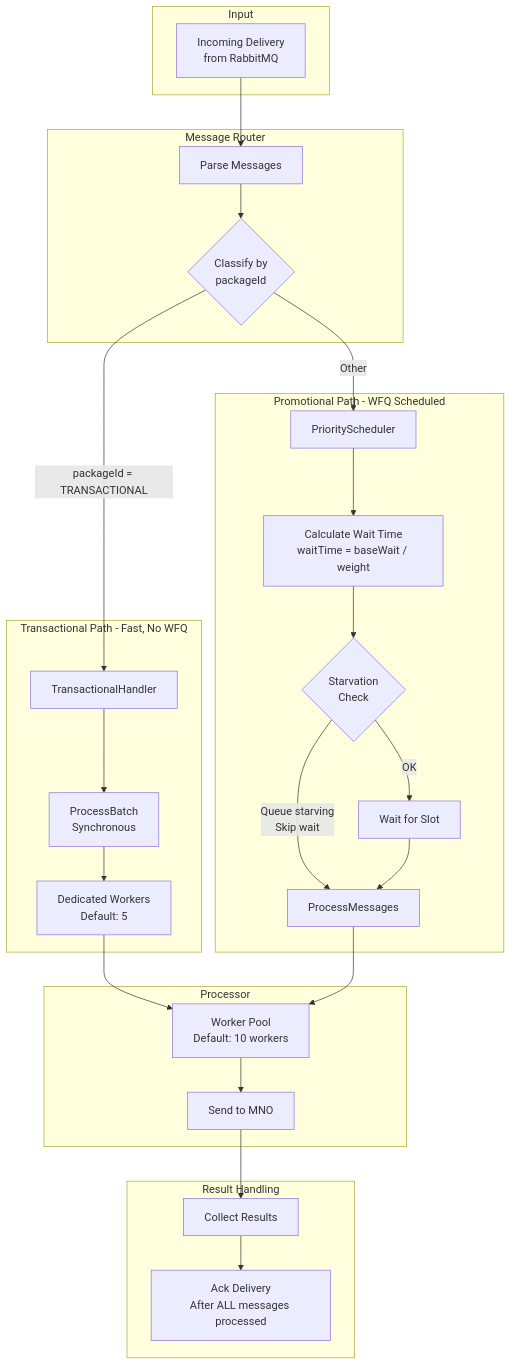
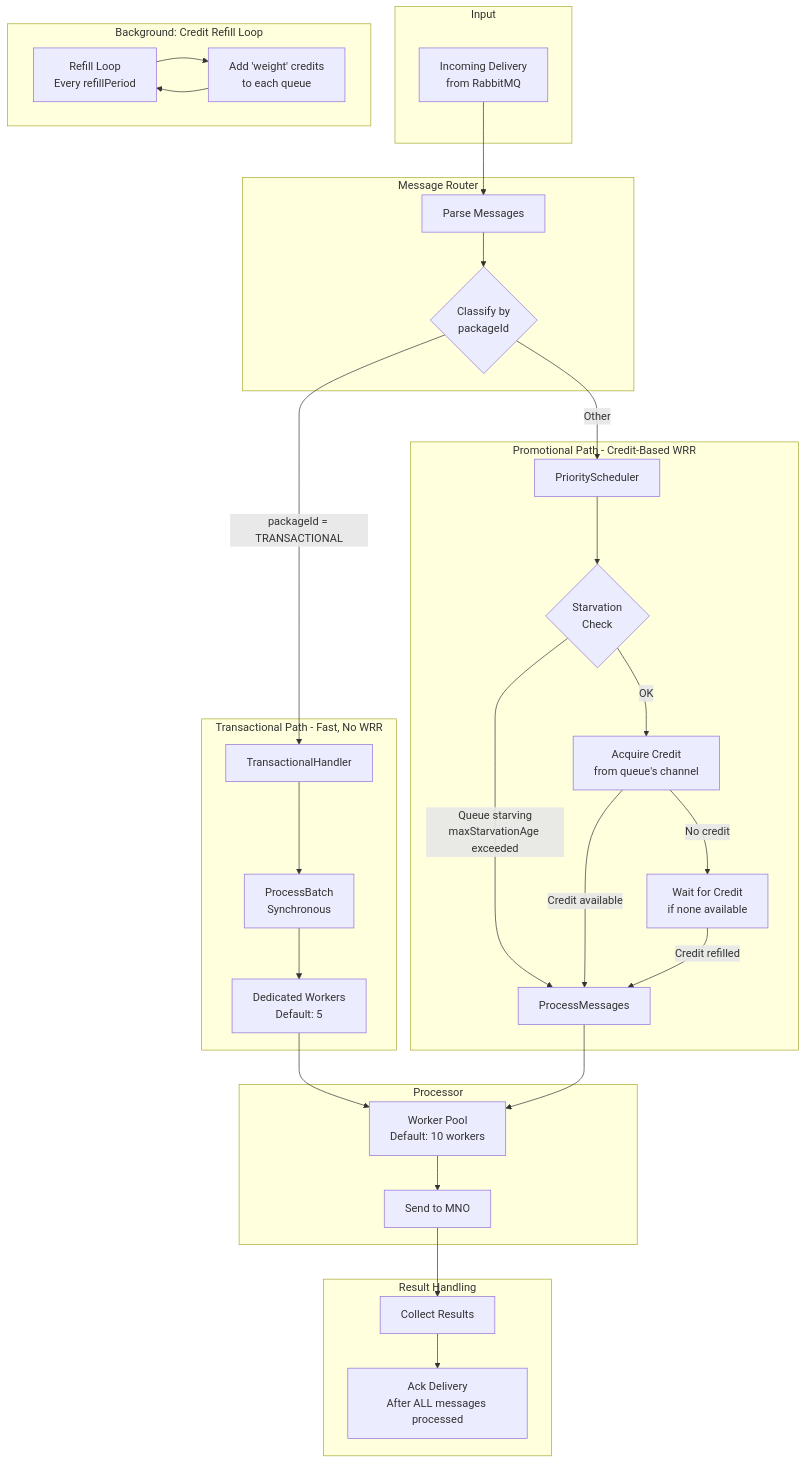
The fifth of 18 diagrams in docs/architecture.md (ElMonstro/sms-mno-gateway), drawn with Mermaid before and after one commit. The commit also changed other lines of this file and 3 other files, not shown here.

````diff
--- a/docs/architecture.md
+++ b/docs/architecture.md
@@ -453,58 +454,67 @@
 ```mermaid
 flowchart TB
     subgraph "Input"
         DELIVERY[Incoming Delivery<br/>from RabbitMQ]
     end
 
     subgraph "Message Router"
         PARSE[Parse Messages]
         CLASSIFY{Classify by<br/>packageId}
 
         PARSE --> CLASSIFY
     end
 
-    subgraph "Transactional Path - Fast, No WFQ"
+    subgraph "Transactional Path - Fast, No WRR"
         TX_HANDLER[TransactionalHandler]
         TX_BATCH[ProcessBatch<br/>Synchronous]
         TX_POOL[Dedicated Workers<br/>Default: 5]
 
         TX_HANDLER --> TX_BATCH
         TX_BATCH --> TX_POOL
     end
 
-    subgraph "Promotional Path - WFQ Scheduled"
+    subgraph "Promotional Path - Credit-Based WRR"
         SCHEDULER[PriorityScheduler]
-        WFQ_CALC[Calculate Wait Time<br/>waitTime = baseWait / weight]
+        ACQUIRE[Acquire Credit<br/>from queue's channel]
         STARVE_CHECK{Starvation<br/>Check}
-        WAIT[Wait for Slot]
+        WAIT[Wait for Credit<br/>if none available]
         PROCESS[ProcessMessages]
 
-        SCHEDULER --> WFQ_CALC
-        WFQ_CALC --> STARVE_CHECK
-        STARVE_CHECK -->|Queue starving<br/>Skip wait| PROCESS
-        STARVE_CHECK -->|OK| WAIT
-        WAIT --> PROCESS
+        SCHEDULER --> STARVE_CHECK
+        STARVE_CHECK -->|Queue starving<br/>maxStarvationAge exceeded| PROCESS
+        STARVE_CHECK -->|OK| ACQUIRE
+        ACQUIRE -->|Credit available| PROCESS
+        ACQUIRE -->|No credit| WAIT
+        WAIT -->|Credit refilled| PROCESS
+    end
+
+    subgraph "Background: Credit Refill Loop"
+        REFILL[Refill Loop<br/>Every refillPeriod]
+        ADD_CREDITS[Add 'weight' credits<br/>to each queue]
+
+        REFILL --> ADD_CREDITS
+        ADD_CREDITS --> REFILL
     end
 
     subgraph "Processor"
         WORKER_POOL[Worker Pool<br/>Default: 10 workers]
         MNO_SEND[Send to MNO]
 
         WORKER_POOL --> MNO_SEND
     end
 
     subgraph "Result Handling"
         RESULT[Collect Results]
         ACK[Ack Delivery<br/>After ALL messages processed]
     end
 
     DELIVERY --> PARSE
     CLASSIFY -->|packageId = TRANSACTIONAL| TX_HANDLER
     CLASSIFY -->|Other| SCHEDULER
 
     TX_POOL --> WORKER_POOL
     PROCESS --> WORKER_POOL
 
     MNO_SEND --> RESULT
     RESULT --> ACK
 ```
````
